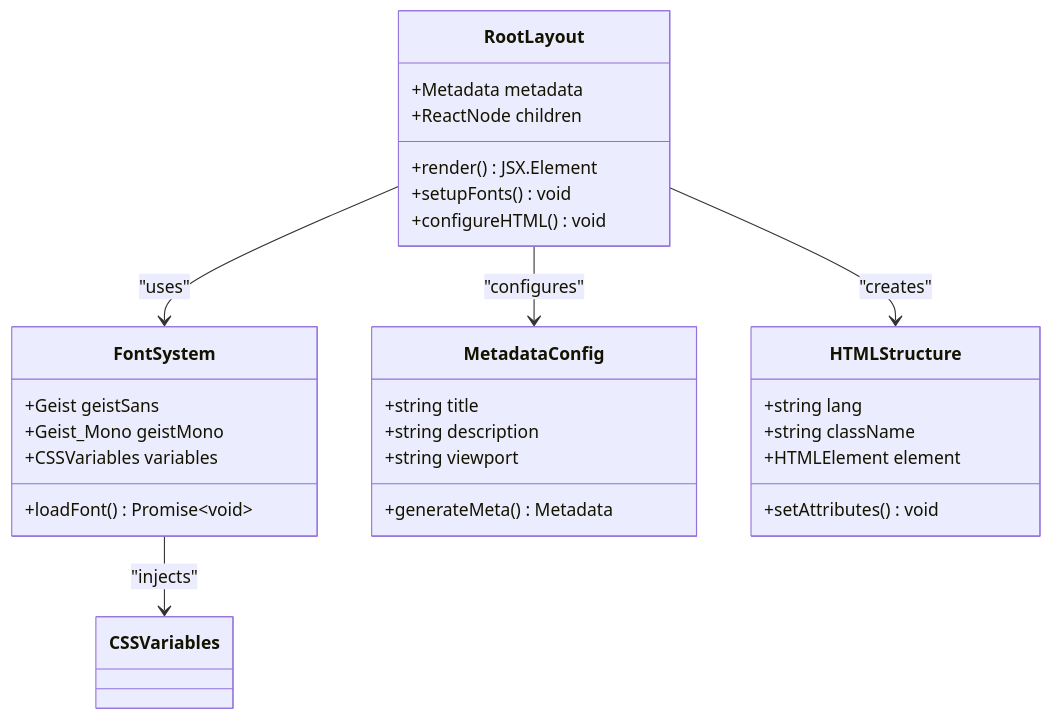
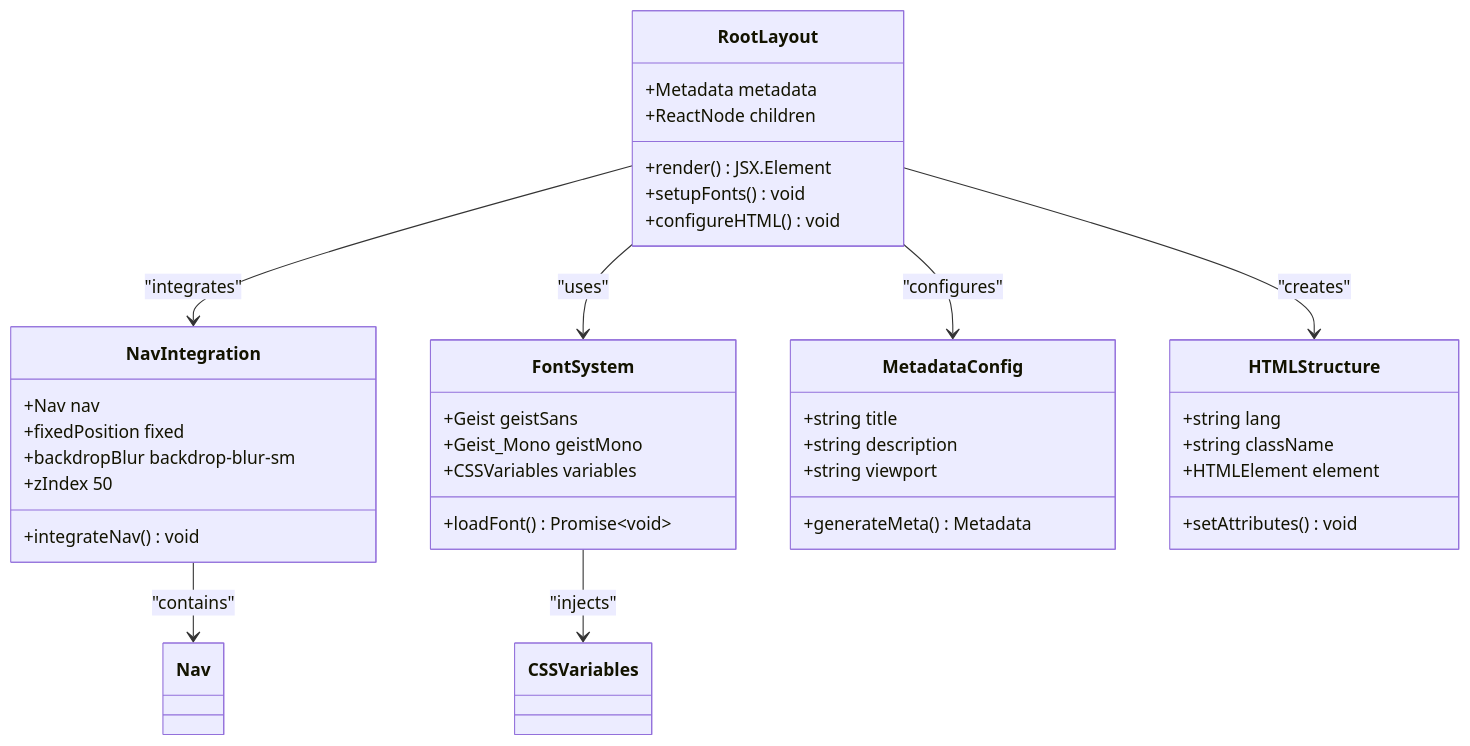
One commit to caoLei1997/Blog changed the third of 6 diagrams in .qoder/repowiki/zh/content/项目架构/核心组件详解/核心组件详解.md. Above: the diagram before and after it, drawn with Mermaid. The commit also changed other lines of this file and 27 other files, not shown here.

````diff
--- a/.qoder/repowiki/zh/content/项目架构/核心组件详解/核心组件详解.md
+++ b/.qoder/repowiki/zh/content/项目架构/核心组件详解/核心组件详解.md
@@ -163,32 +196,41 @@
 ```mermaid
 classDiagram
 class RootLayout {
 +Metadata metadata
 +ReactNode children
 +render() JSX.Element
 +setupFonts() void
 +configureHTML() void
+}
+class NavIntegration {
++Nav nav
++fixedPosition fixed
++backdropBlur backdrop-blur-sm
++zIndex 50
++integrateNav() void
 }
 class FontSystem {
 +Geist geistSans
 +Geist_Mono geistMono
 +CSSVariables variables
 +loadFont() Promise~void~
 }
 class MetadataConfig {
 +string title
 +string description
 +string viewport
 +generateMeta() Metadata
 }
 class HTMLStructure {
 +string lang
 +string className
 +HTMLElement element
 +setAttributes() void
 }
+RootLayout --> NavIntegration : "integrates"
 RootLayout --> FontSystem : "uses"
 RootLayout --> MetadataConfig : "configures"
 RootLayout --> HTMLStructure : "creates"
+NavIntegration --> Nav : "contains"
 FontSystem --> CSSVariables : "injects"
 ```
````
